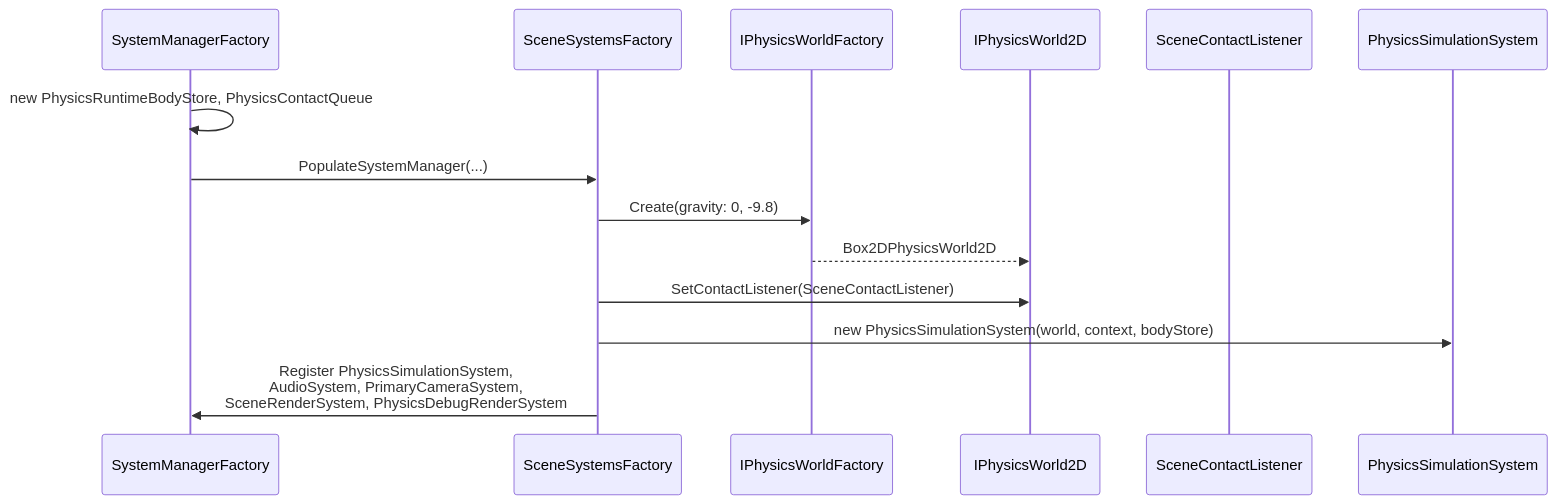
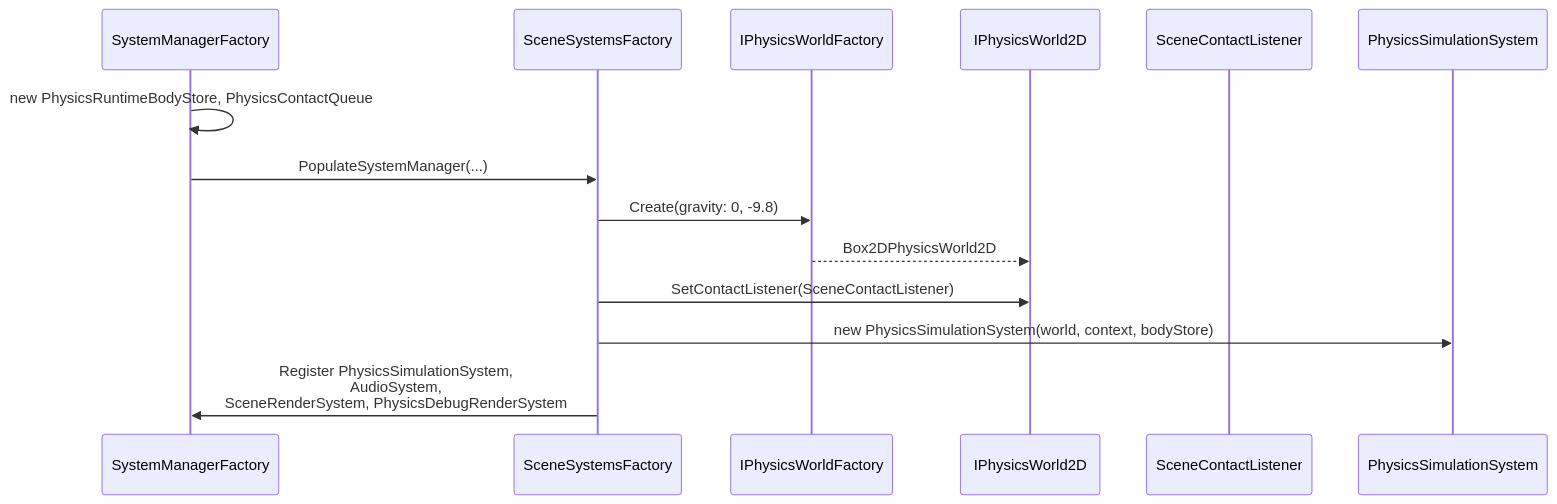
Before and after one commit to kateusz/GameEngine: the second of 4 diagrams in docs/architecture/physics-system.md, drawn with Mermaid. The commit also changed other lines of this file and 17 other files, not shown here.

Commit message:
primary camera fetch refactor

````diff
--- a/docs/architecture/physics-system.md
+++ b/docs/architecture/physics-system.md
@@ -114,17 +114,17 @@
 ```mermaid
 sequenceDiagram
     participant SMF as SystemManagerFactory
     participant SSF as SceneSystemsFactory
     participant F as IPhysicsWorldFactory
     participant W as IPhysicsWorld2D
     participant CL as SceneContactListener
     participant PSS as PhysicsSimulationSystem
 
     SMF->>SMF: new PhysicsRuntimeBodyStore, PhysicsContactQueue
     SMF->>SSF: PopulateSystemManager(...)
     SSF->>F: Create(gravity: 0, -9.8)
     F-->>W: Box2DPhysicsWorld2D
     SSF->>W: SetContactListener(SceneContactListener)
     SSF->>PSS: new PhysicsSimulationSystem(world, context, bodyStore)
-    SSF->>SMF: Register PhysicsSimulationSystem,<br/>AudioSystem, PrimaryCameraSystem,<br/>SceneRenderSystem, PhysicsDebugRenderSystem
+    SSF->>SMF: Register PhysicsSimulationSystem,<br/>AudioSystem,<br/>SceneRenderSystem, PhysicsDebugRenderSystem
 ```
````
